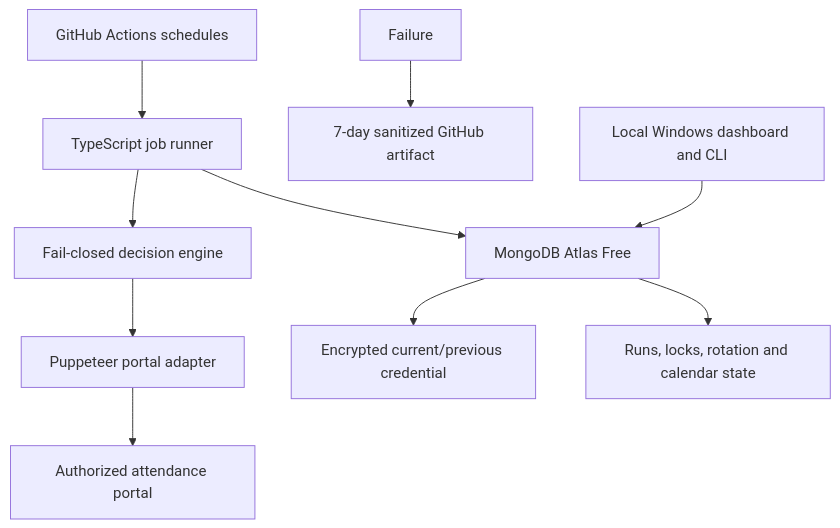
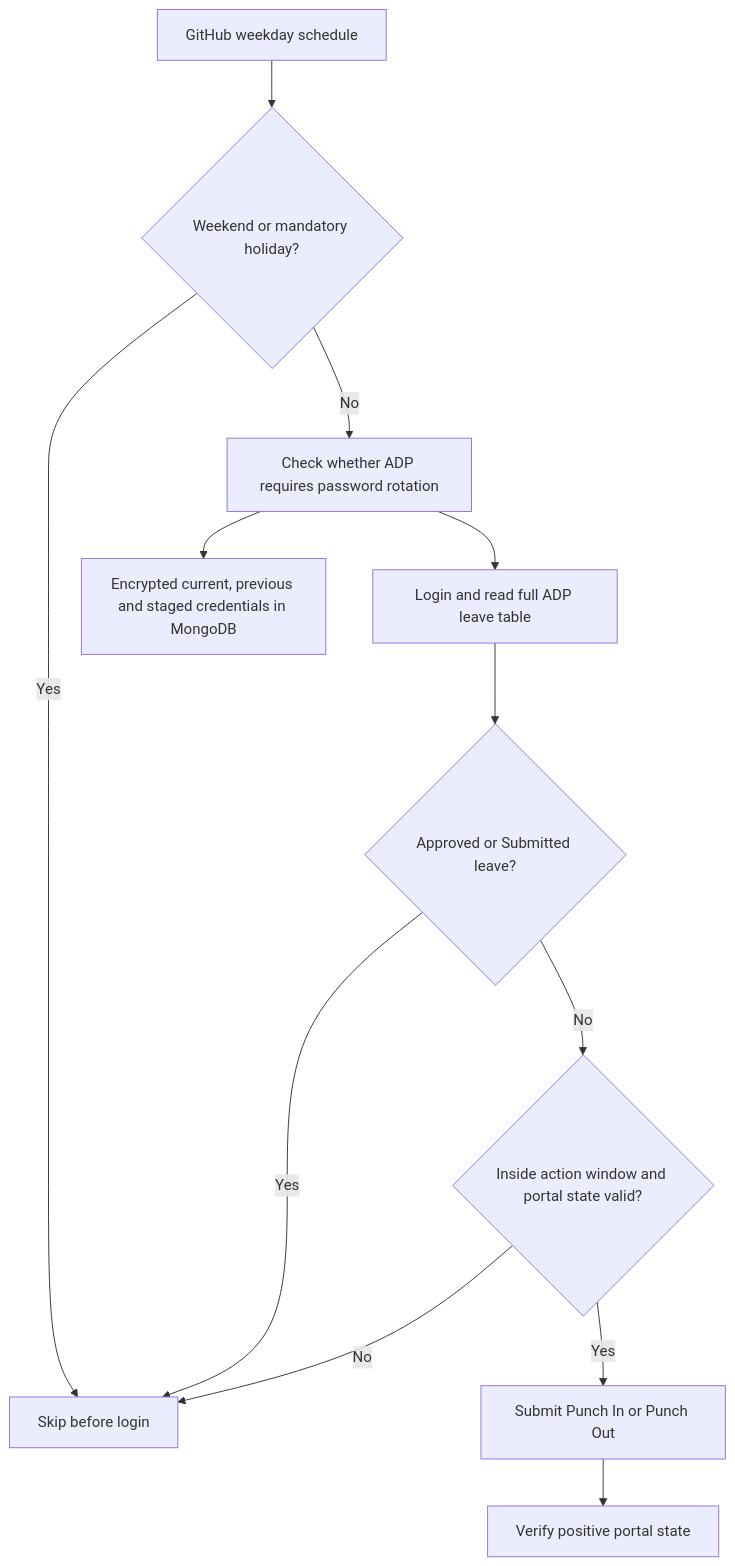
One commit to TarunPereddi/adp-automation changed the diagram in README.md. Above: the diagram before and after it, drawn with Mermaid. The commit also changed other lines of this file and 20 other files, not shown here.

````diff
--- a/README.md
+++ b/README.md
@@ -9,12 +22,14 @@
 ```mermaid
 flowchart TD
-  G["GitHub Actions schedules"] --> J["TypeScript job runner"]
-  J --> D["Fail-closed decision engine"]
-  D --> P["Puppeteer portal adapter"]
-  P --> A["Authorized attendance portal"]
-  J --> M["MongoDB Atlas Free"]
-  M --> C["Encrypted current/previous credential"]
-  M --> R["Runs, locks, rotation and calendar state"]
-  F["Failure"] --> X["7-day sanitized GitHub artifact"]
-  L["Local Windows dashboard and CLI"] --> M
+  S["GitHub weekday schedule"] --> W{"Weekend or mandatory holiday?"}
+  W -->|Yes| X["Skip before login"]
+  W -->|No| R["Check whether ADP requires password rotation"]
+  R --> L["Login and read full ADP leave table"]
+  L --> C{"Approved or Submitted leave?"}
+  C -->|Yes| X
+  C -->|No| T{"Inside action window and portal state valid?"}
+  T -->|No| X
+  T -->|Yes| P["Submit Punch In or Punch Out"]
+  P --> V["Verify positive portal state"]
+  R --> M["Encrypted current, previous and staged credentials in MongoDB"]
 ```
````
